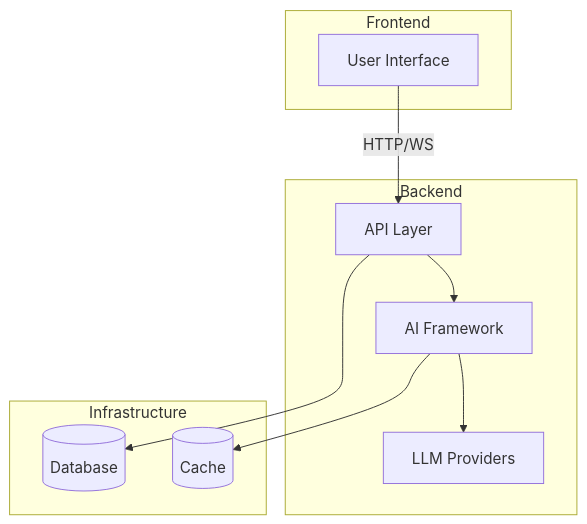
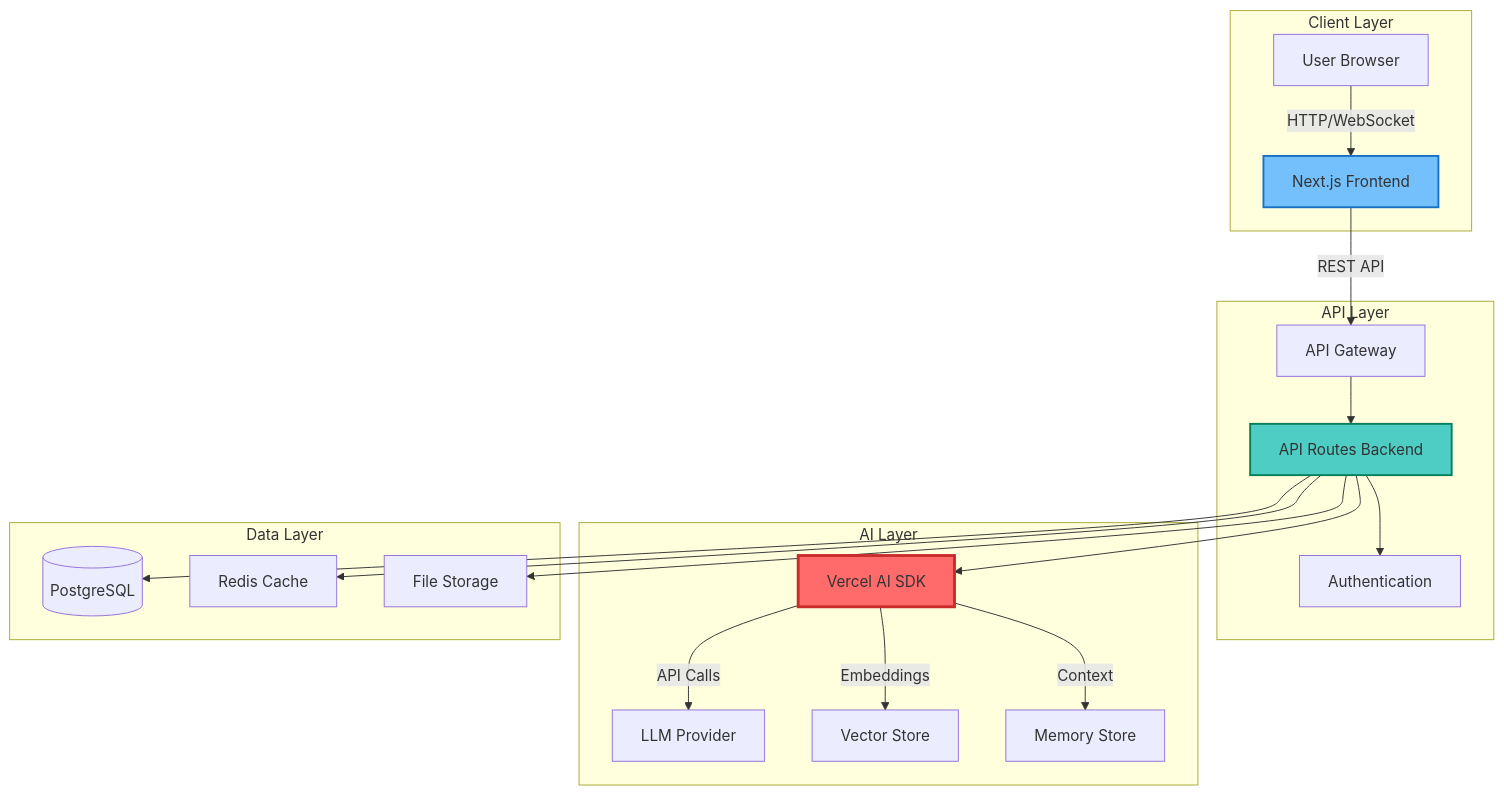
The diagram in README.md (mk-knight23/AI-SDK-VERCEL-AI), drawn with Mermaid before and after one commit. The commit also changed other lines of this file, not shown here.

````diff
--- a/README.md
+++ b/README.md
@@ -92,23 +332,42 @@
 ```mermaid
 graph TB
-    subgraph "Frontend"
-        UI[User Interface]
+    subgraph "Client Layer"
+        A[User Browser]
+        B[Next.js Frontend]
     end
-    
-    subgraph "Backend"
-        API[API Layer]
-        Core[AI Framework]
-        Providers[LLM Providers]
+
+    subgraph "API Layer"
+        C[API Gateway]
+        D[API Routes Backend]
+        E[Authentication]
     end
-    
-    subgraph "Infrastructure"
-        DB[(Database)]
-        Cache[(Cache)]
+
+    subgraph "AI Layer"
+        F[Vercel AI SDK]
+        G[LLM Provider]
+        H[Vector Store]
+        I[Memory Store]
     end
-    
-    UI -->|HTTP/WS| API
-    API --> Core
-    Core --> Providers
-    API --> DB
-    Core --> Cache
+
+    subgraph "Data Layer"
+        J[(PostgreSQL)]
+        K[Redis Cache]
+        L[File Storage]
+    end
+
+    A -->|HTTP/WebSocket| B
+    B -->|REST API| C
+    C --> D
+    D --> E
+    D --> F
+    F -->|API Calls| G
+    F -->|Embeddings| H
+    F -->|Context| I
+    D --> J
+    D --> K
+    D --> L
+
+    style F fill:#ff6b6b,stroke:#c92a2a,stroke-width:3px
+    style D fill:#4ecdc4,stroke:#087f5b,stroke-width:2px
+    style B fill:#74c0fc,stroke:#1971c2,stroke-width:2px
 ```
````
